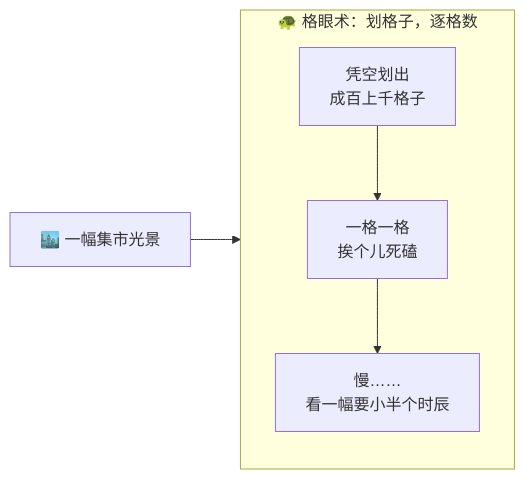
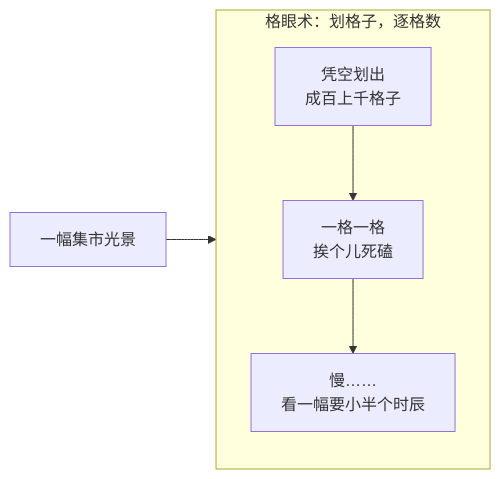
The first of 4 diagrams in docs/09_STORY_修仙学AI/STORY-番外/[STORY-番外-103] 番外04·法眼观物·一照真章.md (luckykhy/KhyAiHub), drawn with Mermaid before and after one commit. The commit also changed other lines of this file and 19 other files, not shown here.

````diff
--- a/docs/09_STORY_修仙学AI/STORY-番外/[STORY-番外-103] 番外04·法眼观物·一照真章.md
+++ b/docs/09_STORY_修仙学AI/STORY-番外/[STORY-番外-103] 番外04·法眼观物·一照真章.md
@@ -49,8 +49,8 @@
 ```mermaid
 flowchart LR
-  SCENE["🏙️ 一幅集市光景"] --> OLD["🐢 格眼术（旧法）"]
-  subgraph OLD["🐢 格眼术：划格子，逐格数"]
+  SCENE["一幅集市光景"] --> OLD["格眼术（旧法）"]
+  subgraph OLD["格眼术：划格子，逐格数"]
     O1["凭空划出<br/>成百上千格子"] --> O2["一格一格<br/>挨个儿死磕"]
     O2 --> O3["慢……<br/>看一幅要小半个时辰"]
   end
 ```
````
